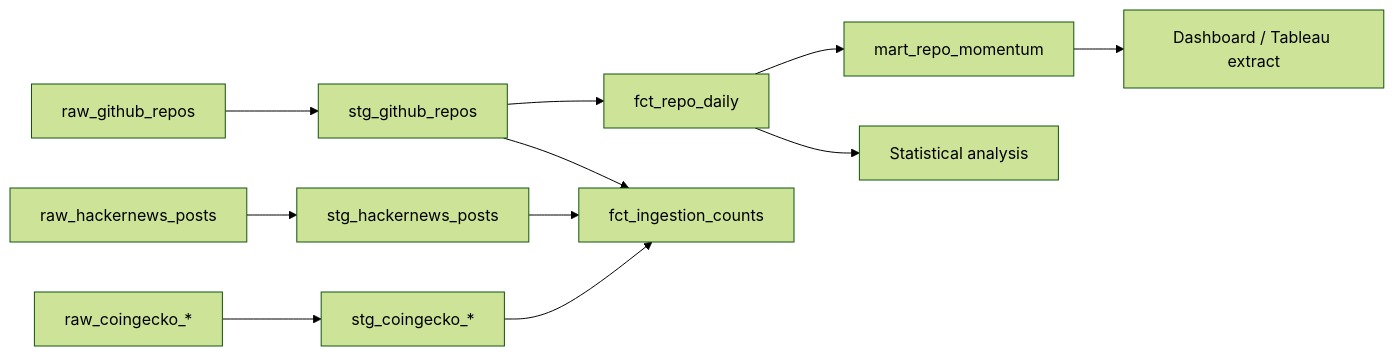
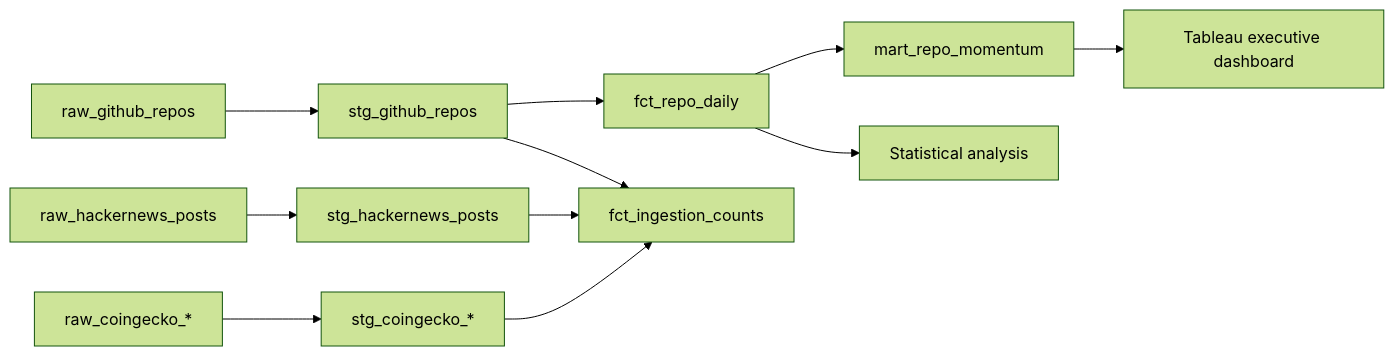
One commit to tmushd/dev-ecosystem-pipeline changed the third of 4 diagrams in README.md. Above: the diagram before and after it, drawn with Mermaid (forest theme). The commit also changed other lines of this file and 21 other files, not shown here.

Commit message:
Replace Plotly with packaged Tableau dashboard

````diff
--- a/README.md
+++ b/README.md
@@ -117,11 +117,11 @@
 ```mermaid
 flowchart LR
     R1[raw_github_repos] --> S1[stg_github_repos]
     R2[raw_hackernews_posts] --> S2[stg_hackernews_posts]
     R3[raw_coingecko_*] --> S3[stg_coingecko_*]
     S1 --> F[fct_repo_daily]
     F --> M[mart_repo_momentum]
     S1 & S2 & S3 --> C[fct_ingestion_counts]
     F --> A[Statistical analysis]
-    M --> D[Dashboard / Tableau extract]
+    M --> D[Tableau executive dashboard]
 ```
````
